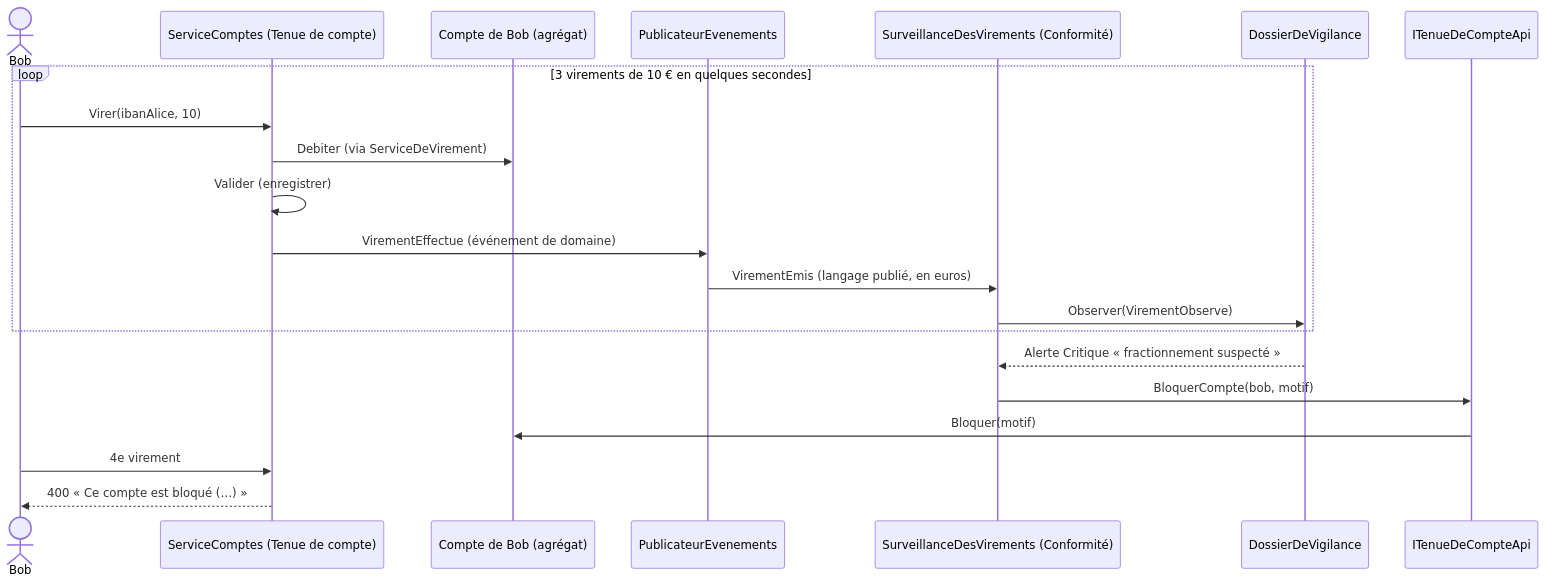
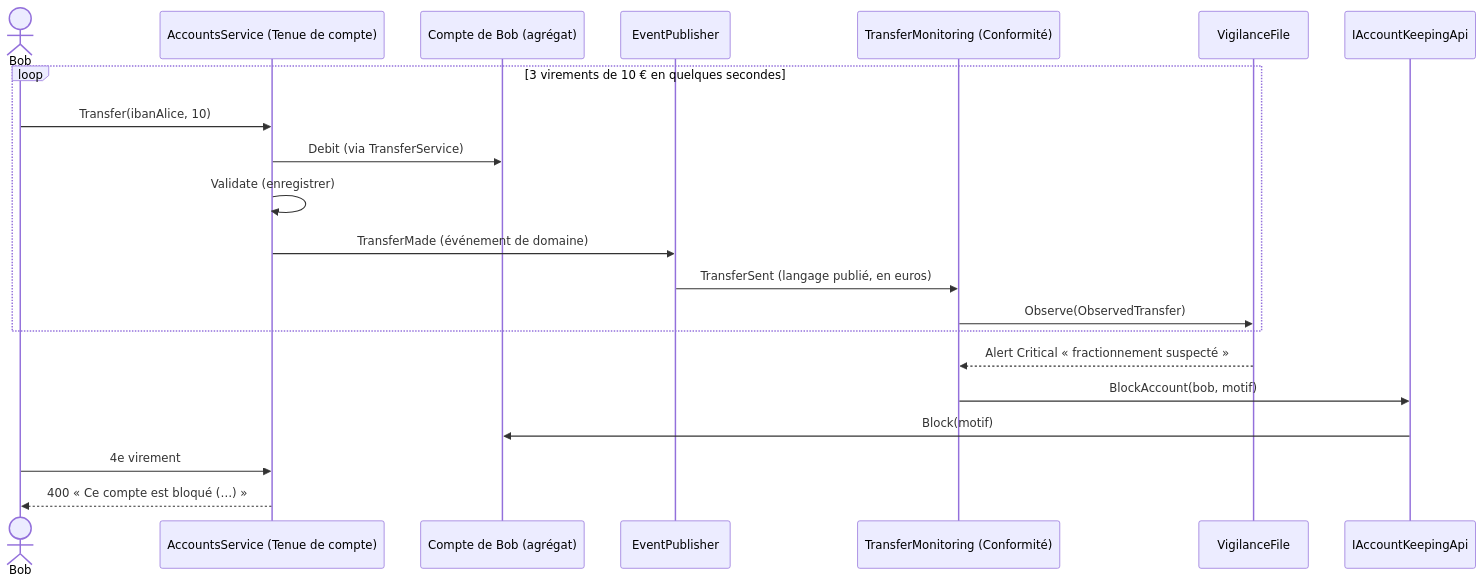
Before and after one commit to drangoht/ArchitecturesDemo: the fourth of 4 diagrams in Docs/11-ddd.md, drawn with Mermaid. The commit also changed other lines of this file and 70 other files, not shown here.

Commit message:
Docs FR : identifiants, liens, diagrammes et sorties alignés sur le code anglais

````diff
--- a/Docs/11-ddd.md
+++ b/Docs/11-ddd.md
@@ -255,23 +255,23 @@
 ```mermaid
 sequenceDiagram
     actor Bob
-    participant SC as ServiceComptes (Tenue de compte)
+    participant SC as AccountsService (Tenue de compte)
     participant C as Compte de Bob (agrégat)
-    participant Pub as PublicateurEvenements
-    participant Surv as SurveillanceDesVirements (Conformité)
-    participant Dos as DossierDeVigilance
-    participant Api as ITenueDeCompteApi
+    participant Pub as EventPublisher
+    participant Surv as TransferMonitoring (Conformité)
+    participant Dos as VigilanceFile
+    participant Api as IAccountKeepingApi
     loop 3 virements de 10 € en quelques secondes
-        Bob->>SC: Virer(ibanAlice, 10)
-        SC->>C: Debiter (via ServiceDeVirement)
-        SC->>SC: Valider (enregistrer)
-        SC->>Pub: VirementEffectue (événement de domaine)
-        Pub->>Surv: VirementEmis (langage publié, en euros)
-        Surv->>Dos: Observer(VirementObserve)
+        Bob->>SC: Transfer(ibanAlice, 10)
+        SC->>C: Debit (via TransferService)
+        SC->>SC: Validate (enregistrer)
+        SC->>Pub: TransferMade (événement de domaine)
+        Pub->>Surv: TransferSent (langage publié, en euros)
+        Surv->>Dos: Observe(ObservedTransfer)
     end
-    Dos-->>Surv: Alerte Critique « fractionnement suspecté »
-    Surv->>Api: BloquerCompte(bob, motif)
-    Api->>C: Bloquer(motif)
+    Dos-->>Surv: Alert Critical « fractionnement suspecté »
+    Surv->>Api: BlockAccount(bob, motif)
+    Api->>C: Block(motif)
     Bob->>SC: 4e virement
     SC-->>Bob: 400 « Ce compte est bloqué (…) »
 ```
````
